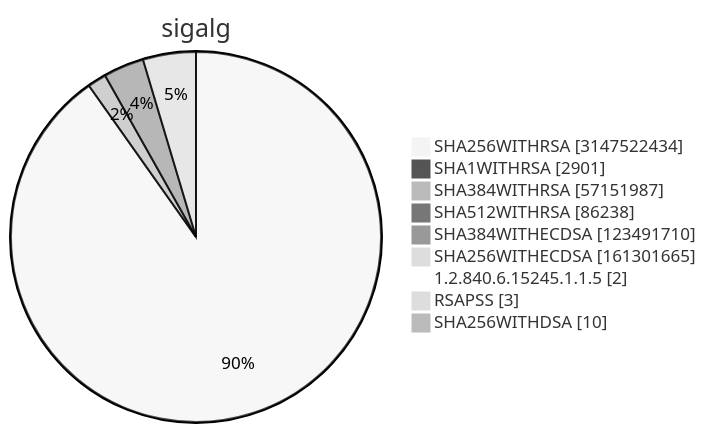
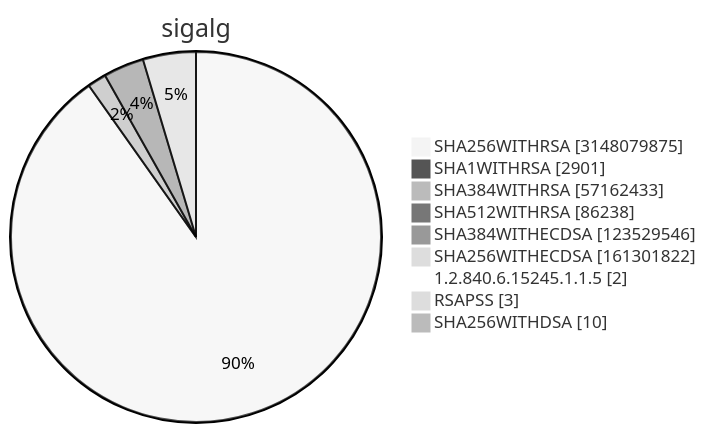
One commit to christiankrug/ctmonitor_visualization changed diagram 15 of 15 in TOTAL/README.md. Above: the diagram before and after it, drawn with Mermaid (neutral theme). The commit also changed other lines of this file, not shown here.

````diff
--- a/TOTAL/README.md
+++ b/TOTAL/README.md
@@ -6213,13 +6213,13 @@
 ```mermaid
 pie showData
 title sigalg
-"SHA256WITHRSA" :3147522434
+"SHA256WITHRSA" :3148079875
 "SHA1WITHRSA" :2901
-"SHA384WITHRSA" :57151987
+"SHA384WITHRSA" :57162433
 "SHA512WITHRSA" :86238
-"SHA384WITHECDSA" :123491710
-"SHA256WITHECDSA" :161301665
+"SHA384WITHECDSA" :123529546
+"SHA256WITHECDSA" :161301822
 "1.2.840.6.15245.1.1.5" :2
 "RSAPSS" :3
 "SHA256WITHDSA" :10
 ```
````
